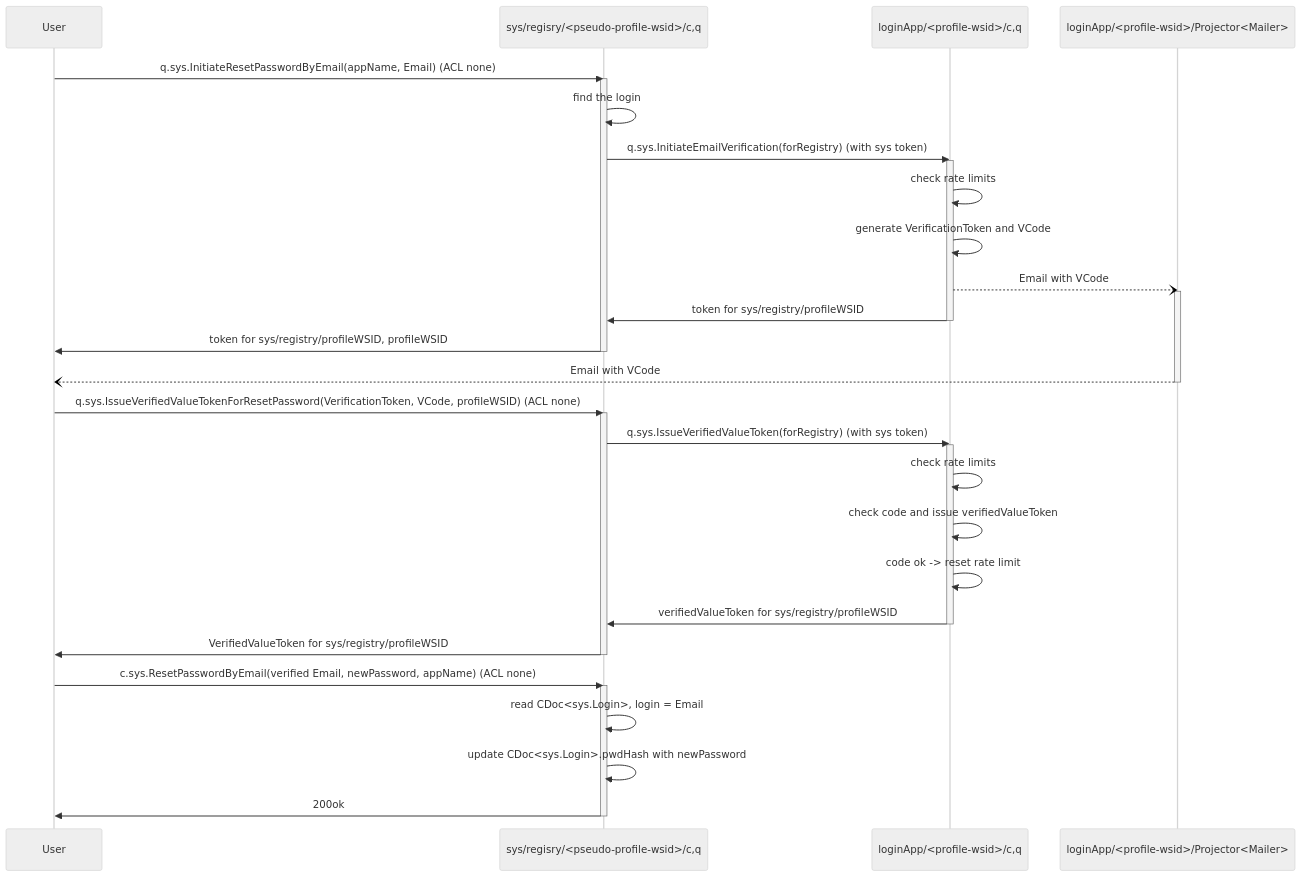
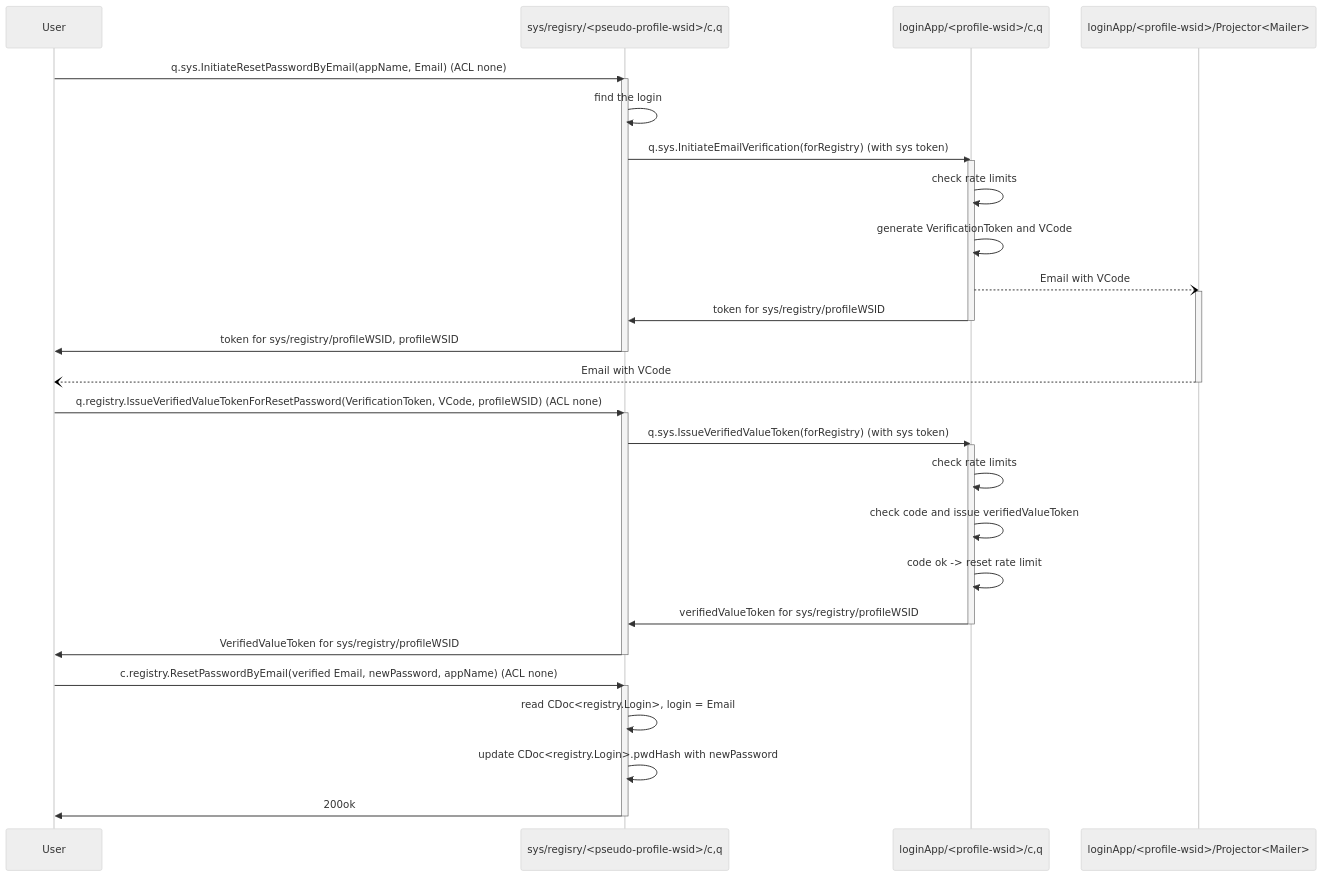
One commit to voedger/voedger changed the diagram in design/authnz/reset-password.md. Above: the diagram before and after it, drawn with Mermaid (neutral theme). The commit also changed other lines of this file and 45 other files, not shown here.

````diff
--- a/design/authnz/reset-password.md
+++ b/design/authnz/reset-password.md
@@ -31,43 +31,43 @@
 ```mermaid
 sequenceDiagram
 	participant u as User
 	participant pp as sys/regisry/<pseudo-profile-wsid>/c,q
   participant p as loginApp/<profile-wsid>/c,q
   participant m as loginApp/<profile-wsid>/Projector<Mailer>
 
 	u->>pp: q.sys.InitiateResetPasswordByEmail(appName, Email) (ACL none)
 	activate pp
     pp->>pp: find the login
     pp->>p: q.sys.InitiateEmailVerification(forRegistry) (with sys token)
     activate p
       p->>p: check rate limits
       p->>p: generate VerificationToken and VCode
       p--)m: Email with VCode
       activate m
       p->>pp: token for sys/registry/profileWSID
     deactivate p
     pp->>u: token for sys/registry/profileWSID, profileWSID
 	deactivate pp
 
   m--)u: Email with VCode
   deactivate m
 
-  u->>pp: q.sys.IssueVerifiedValueTokenForResetPassword(VerificationToken, VCode, profileWSID) (ACL none)
+  u->>pp: q.registry.IssueVerifiedValueTokenForResetPassword(VerificationToken, VCode, profileWSID) (ACL none)
   activate pp
     pp->>p: q.sys.IssueVerifiedValueToken(forRegistry) (with sys token)
     activate p
       p->>p: check rate limits
       p->>p: check code and issue verifiedValueToken
       p->>p: code ok -> reset rate limit
       p->>pp: verifiedValueToken for sys/registry/profileWSID
     deactivate p
     pp->>u: VerifiedValueToken for sys/registry/profileWSID
   deactivate pp
 
-	u->>pp: c.sys.ResetPasswordByEmail(verified Email, newPassword, appName) (ACL none)
+	u->>pp: c.registry.ResetPasswordByEmail(verified Email, newPassword, appName) (ACL none)
 	activate pp
-		pp->>pp: read CDoc<sys.Login>, login = Email
-		pp->>pp: update CDoc<sys.Login>.pwdHash with newPassword
+		pp->>pp: read CDoc<registry.Login>, login = Email
+		pp->>pp: update CDoc<registry.Login>.pwdHash with newPassword
     pp->>u: 200ok
 	deactivate pp
 ```
````
